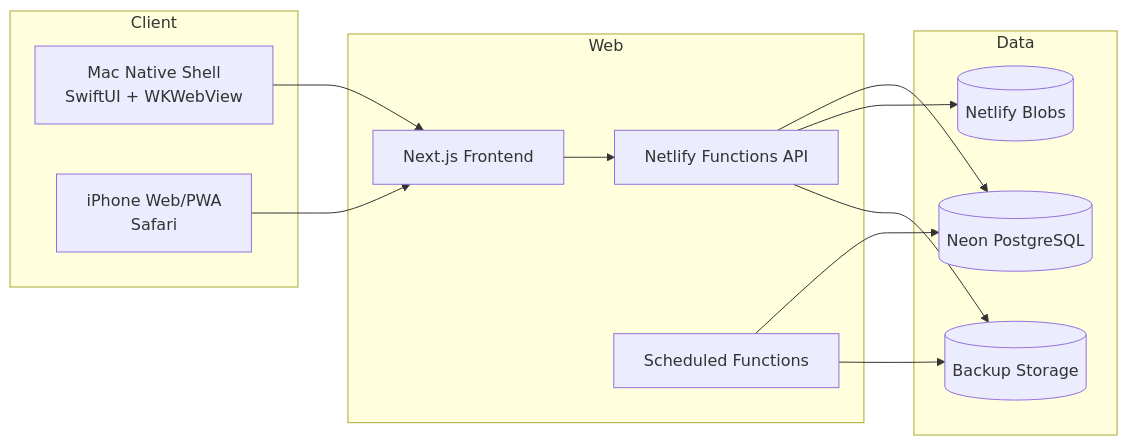
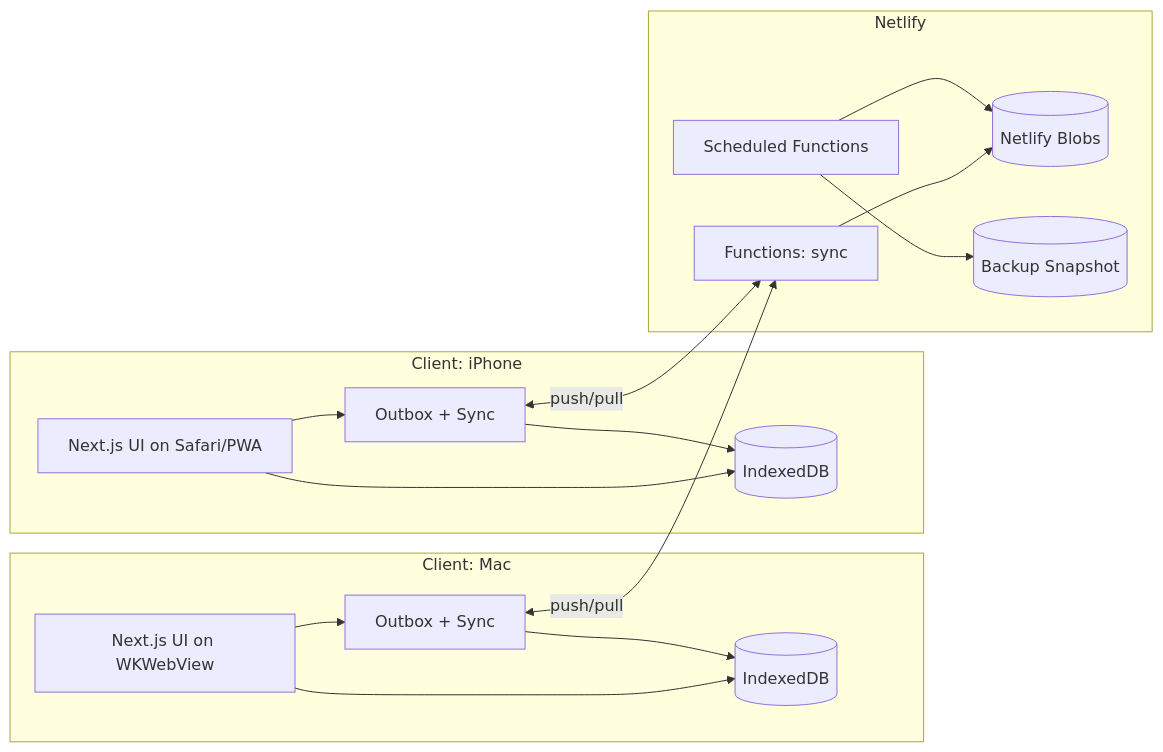
Before and after one commit to h-sakanet/capd_navi: the first of 2 diagrams in docs/design/01_architecture_overview.md, drawn with Mermaid. The commit also changed other lines of this file and 24 other files, not shown here.

Commit message:
docs: finalize TDD specs and align home flow behavior

````diff
--- a/docs/design/01_architecture_overview.md
+++ b/docs/design/01_architecture_overview.md
@@ -7,28 +7,33 @@
 ```mermaid
 flowchart LR
-  subgraph Client
-    M[Mac Native Shell\nSwiftUI + WKWebView]
-    I[iPhone Web/PWA\nSafari]
+  subgraph ClientA[Client: Mac]
+    MUI[Next.js UI on WKWebView]
+    MIDB[(IndexedDB)]
+    MCR[Outbox + Sync]
+    MUI --> MIDB
+    MUI --> MCR
+    MCR --> MIDB
   end
 
-  subgraph Web
-    FE[Next.js Frontend]
-    API[Netlify Functions API]
-    SCH[Scheduled Functions]
+  subgraph ClientB[Client: iPhone]
+    IUI[Next.js UI on Safari/PWA]
+    IIDB[(IndexedDB)]
+    ICR[Outbox + Sync]
+    IUI --> IIDB
+    IUI --> ICR
+    ICR --> IIDB
   end
 
-  subgraph Data
-    DB[(Neon PostgreSQL)]
+  subgraph Cloud[Netlify]
+    API[Functions: sync]
     BLOB[(Netlify Blobs)]
-    BK[(Backup Storage)]
+    SCH[Scheduled Functions]
+    BK[(Backup Snapshot)]
+    API --> BLOB
+    SCH --> BLOB
+    SCH --> BK
   end
 
-  M --> FE
-  I --> FE
-  FE --> API
-  API --> DB
-  API --> BLOB
-  SCH --> DB
-  SCH --> BK
-  API --> BK
+  MCR <-->|push/pull| API
+  ICR <-->|push/pull| API
 ```
````
